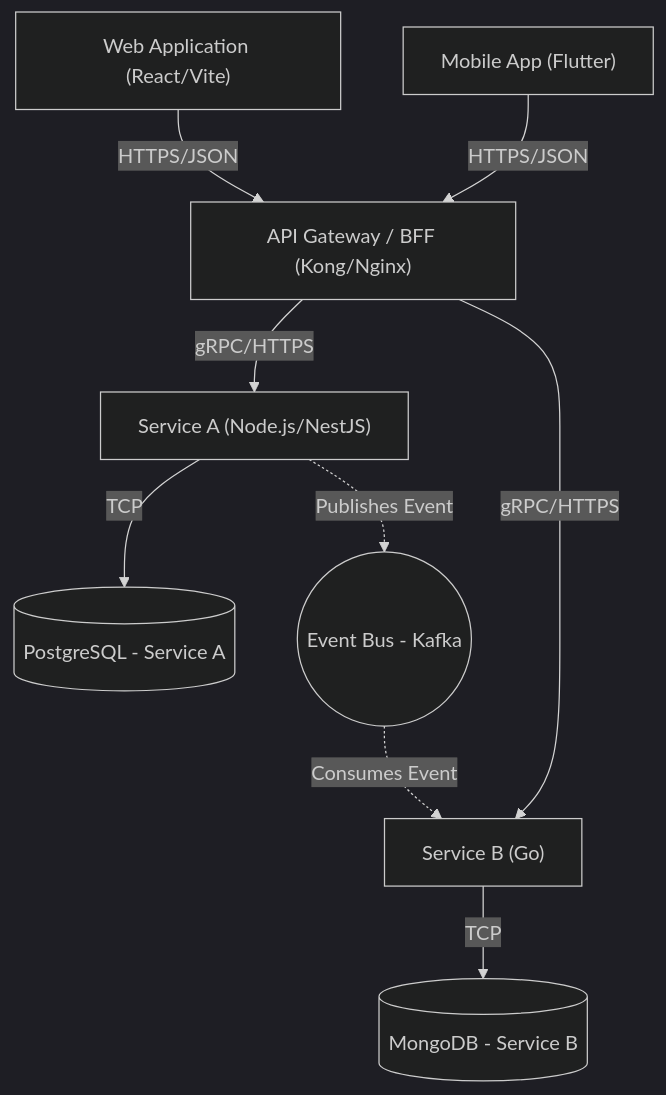
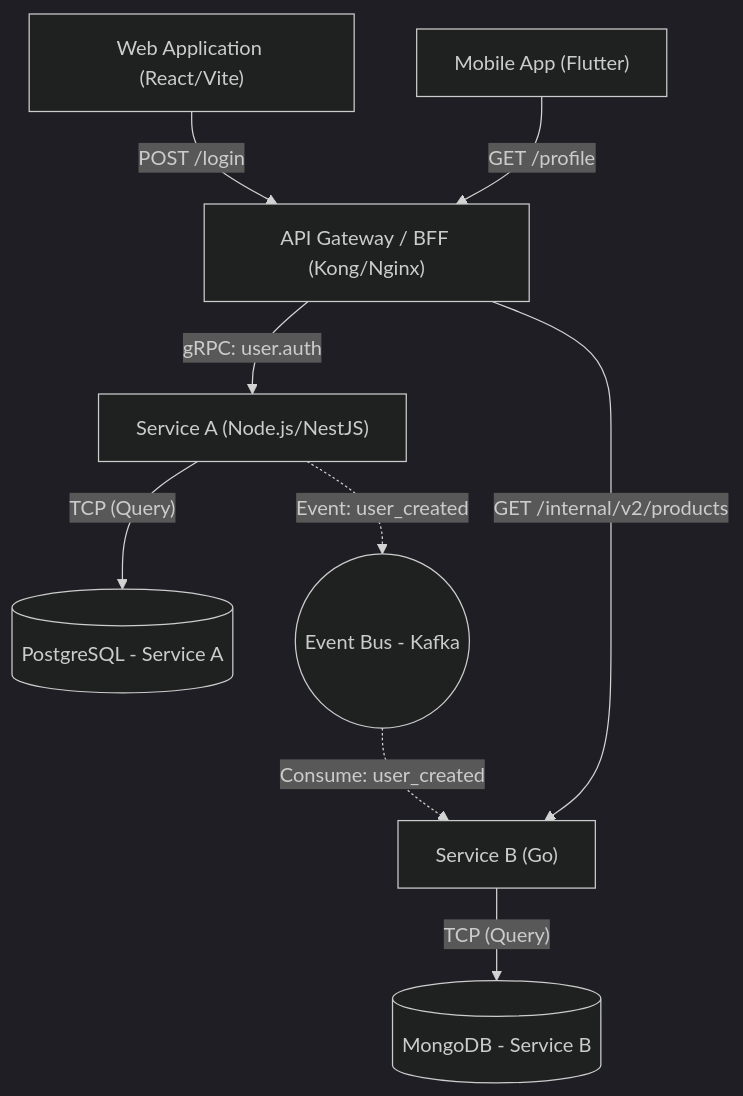
The second of 2 diagrams in skills/lz-tech-doc-architect/assets/doc-template-architecture.md (lutfi-zain/lz-stacks), drawn with Mermaid (dark theme) before and after one commit. The commit also changed 2 other files, not shown here.

Commit message:
STRICT RULE: Enforce exact HTTP METHOD and PATH on all cross-service edge labels in C4 Context diagrams to prevent ambiguity

````diff
--- a/skills/lz-tech-doc-architect/assets/doc-template-architecture.md
+++ b/skills/lz-tech-doc-architect/assets/doc-template-architecture.md
@@ -40,31 +40,31 @@
 ```mermaid
 graph TD
     %% Frontend
     WebApp["Web Application (React/Vite)"]
     MobileApp["Mobile App (Flutter)"]
     
     %% API / Gateway
     API["API Gateway / BFF (Kong/Nginx)"]
     
     %% Microservices
     MicroA["Service A (Node.js/NestJS)"]
     MicroB["Service B (Go)"]
     
     %% Storage & Queues
     DB_A[(PostgreSQL - Service A)]
     DB_B[(MongoDB - Service B)]
     Kafka((Event Bus - Kafka))
 
     %% Connections
-    WebApp -->|"HTTPS/JSON"| API
-    MobileApp -->|"HTTPS/JSON"| API
+    WebApp -->|"POST /login"| API
+    MobileApp -->|"GET /profile"| API
     
-    API -->|"gRPC/HTTPS"| MicroA
-    API -->|"gRPC/HTTPS"| MicroB
+    API -->|"gRPC: user.auth"| MicroA
+    API -->|"GET /internal/v2/products"| MicroB
     
-    MicroA -->|"TCP"| DB_A
-    MicroB -->|"TCP"| DB_B
+    MicroA -->|"TCP (Query)"| DB_A
+    MicroB -->|"TCP (Query)"| DB_B
     
-    MicroA -.->|"Publishes Event"| Kafka
-    Kafka -.->|"Consumes Event"| MicroB
+    MicroA -.->|"Event: user_created"| Kafka
+    Kafka -.->|"Consume: user_created"| MicroB
 ```
````
